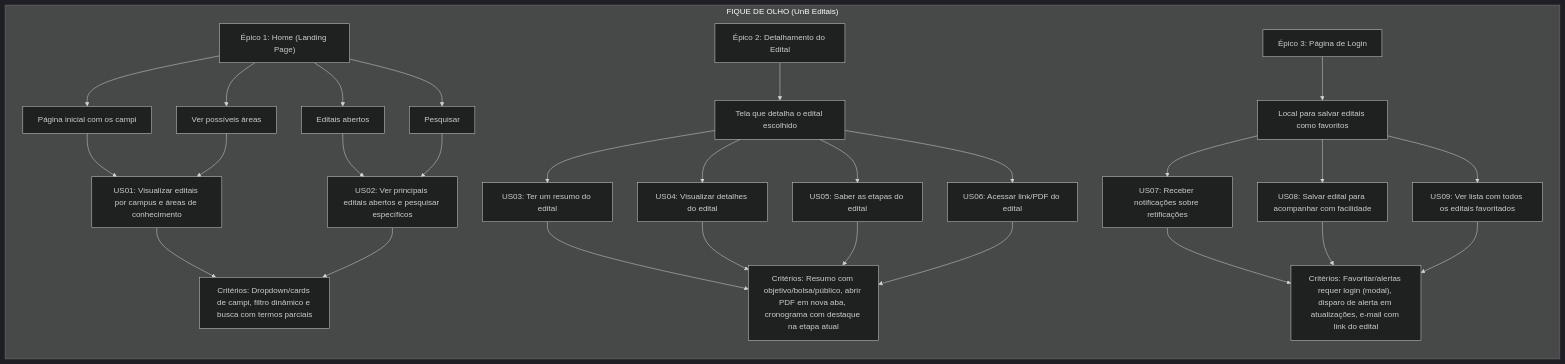
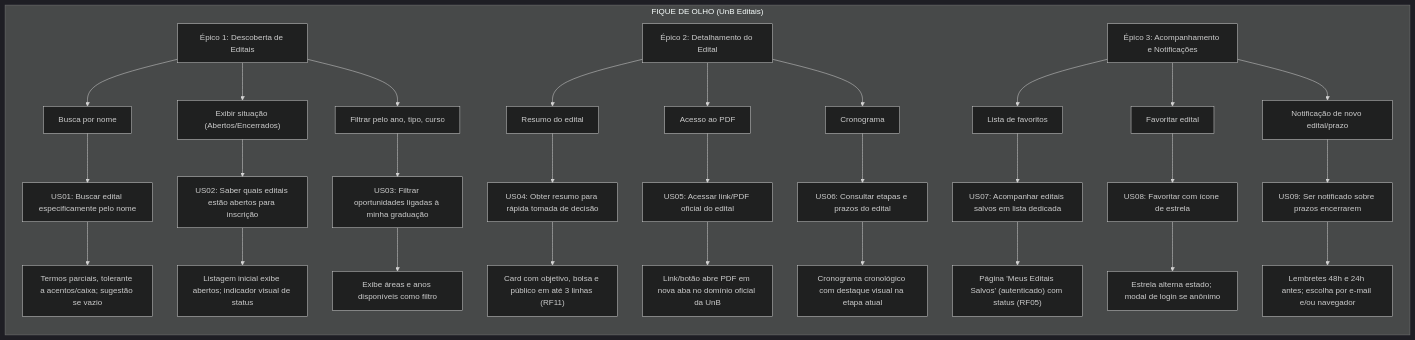
The diagram in docs/Requisitos/StoryMap.md (unb-mds/Fique-de-Olho), drawn with Mermaid (dark theme) before and after one commit. The commit also changed other lines of this file and 5 other files, not shown here.

````diff
--- a/docs/Requisitos/StoryMap.md
+++ b/docs/Requisitos/StoryMap.md
@@ -26,37 +24,56 @@
 ```mermaid
 flowchart TD
     subgraph Projeto["FIQUE DE OLHO (UnB Editais)"]
         direction TB
-        E1["Épico 1: Home (Landing Page)"]
+
+        %% Épicos
+        E1["Épico 1: Descoberta de Editais"]
         E2["Épico 2: Detalhamento do Edital"]
-        E3["Épico 3: Página de Login"]
+        E3["Épico 3: Acompanhamento e Notificações"]
 
-        %% Épico 1
-        E1 --> F1["Página inicial com os campi"]
-        E1 --> F2["Ver possíveis áreas"]
-        E1 --> F3["Editais abertos"]
-        E1 --> F4["Pesquisar"]
+        %% Funcionalidades Épico 1
+        E1 --> F1["Busca por nome"]
+        E1 --> F2["Exibir situação (Abertos/Encerrados)"]
+        E1 --> F3["Filtrar pelo ano, tipo, curso"]
 
-        F1 & F2 --> US1["US01: Visualizar editais por campus e áreas de conhecimento"]
-        F3 & F4 --> US2["US02: Ver principais editais abertos e pesquisar específicos"]
+        %% Histórias Épico 1
+        F1 --> US1["US01: Buscar edital especificamente pelo nome"]
+        F2 --> US2["US02: Saber quais editais estão abertos para inscrição"]
+        F3 --> US3["US03: Filtrar oportunidades ligadas à minha graduação"]
 
-        US1 & US2 --> CA1["Critérios: Dropdown/cards de campi, filtro dinâmico e busca com termos parciais"]
+        %% Critérios Épico 1
+        US1 --> CA1["Termos parciais, tolerante a acentos/caixa; sugestão se vazio"]
+        US2 --> CA2["Listagem inicial exibe abertos; indicador visual de status"]
+        US3 --> CA3["Exibe áreas e anos disponíveis como filtro"]
 
-        %% Épico 2
-        E2 --> F5["Tela que detalha o edital escolhido"]
-        F5 --> US3["US03: Ter um resumo do edital"]
-        F5 --> US4["US04: Visualizar detalhes do edital"]
-        F5 --> US5["US05: Saber as etapas do edital"]
-        F5 --> US6["US06: Acessar link/PDF do edital"]
+        %% Funcionalidades Épico 2
+        E2 --> F4["Resumo do edital"]
+        E2 --> F5["Acesso ao PDF"]
+        E2 --> F6["Cronograma"]
 
-        US3 & US4 & US5 & US6 --> CA2["Critérios: Resumo com objetivo/bolsa/público, abrir PDF em nova aba, cronograma com destaque na etapa atual"]
+        %% Histórias Épico 2
+        F4 --> US4["US04: Obter resumo para rápida tomada de decisão"]
+        F5 --> US5["US05: Acessar link/PDF oficial do edital"]
+        F6 --> US6["US06: Consultar etapas e prazos do edital"]
 
-        %% Épico 3
-        E3 --> F6["Local para salvar editais como favoritos"]
-        F6 --> US7["US07: Receber notificações sobre retificações"]
-        F6 --> US8["US08: Salvar edital para acompanhar com facilidade"]
-        F6 --> US9["US09: Ver lista com todos os editais favoritados"]
+        %% Critérios Épico 2
+        US4 --> CA4["Card com objetivo, bolsa e público em até 3 linhas (RF11)"]
+        US5 --> CA5["Link/botão abre PDF em nova aba no domínio oficial da UnB"]
+        US6 --> CA6["Cronograma cronológico com destaque visual na etapa atual"]
 
-        US7 & US8 & US9 --> CA3["Critérios: Favoritar/alertas requer login (modal), disparo de alerta em atualizações, e-mail com link do edital"]
+        %% Funcionalidades Épico 3
+        E3 --> F7["Lista de favoritos"]
+        E3 --> F8["Favoritar edital"]
+        E3 --> F9["Notificação de novo edital/prazo"]
+
+        %% Histórias Épico 3
+        F7 --> US7["US07: Acompanhar editais salvos em lista dedicada"]
+        F8 --> US8["US08: Favoritar com ícone de estrela"]
+        F9 --> US9["US09: Ser notificado sobre prazos encerrarem"]
+
+        %% Critérios Épico 3
+        US7 --> CA7["Página 'Meus Editais Salvos' (autenticado) com status (RF05)"]
+        US8 --> CA8["Estrela alterna estado; modal de login se anônimo"]
+        US9 --> CA9["Lembretes 48h e 24h antes; escolha por e-mail e/ou navegador"]
     end
 ```
````
